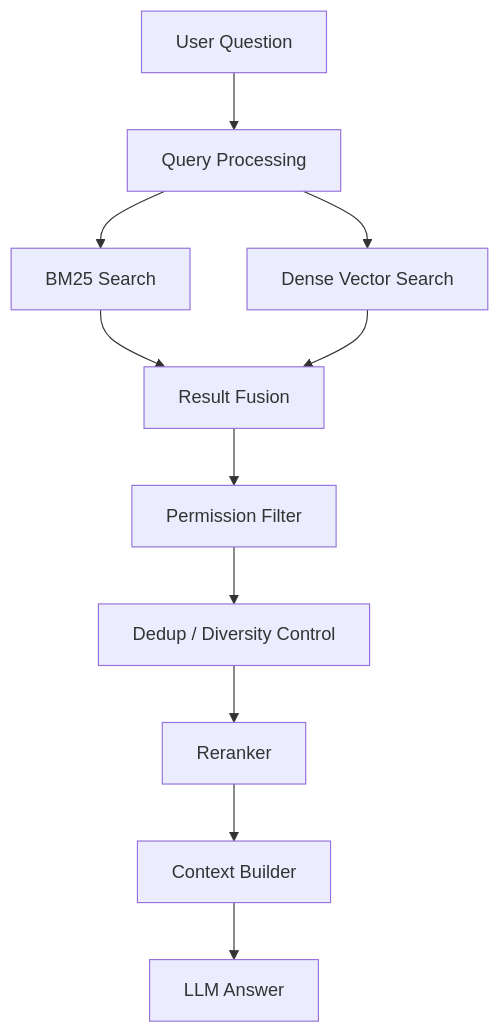
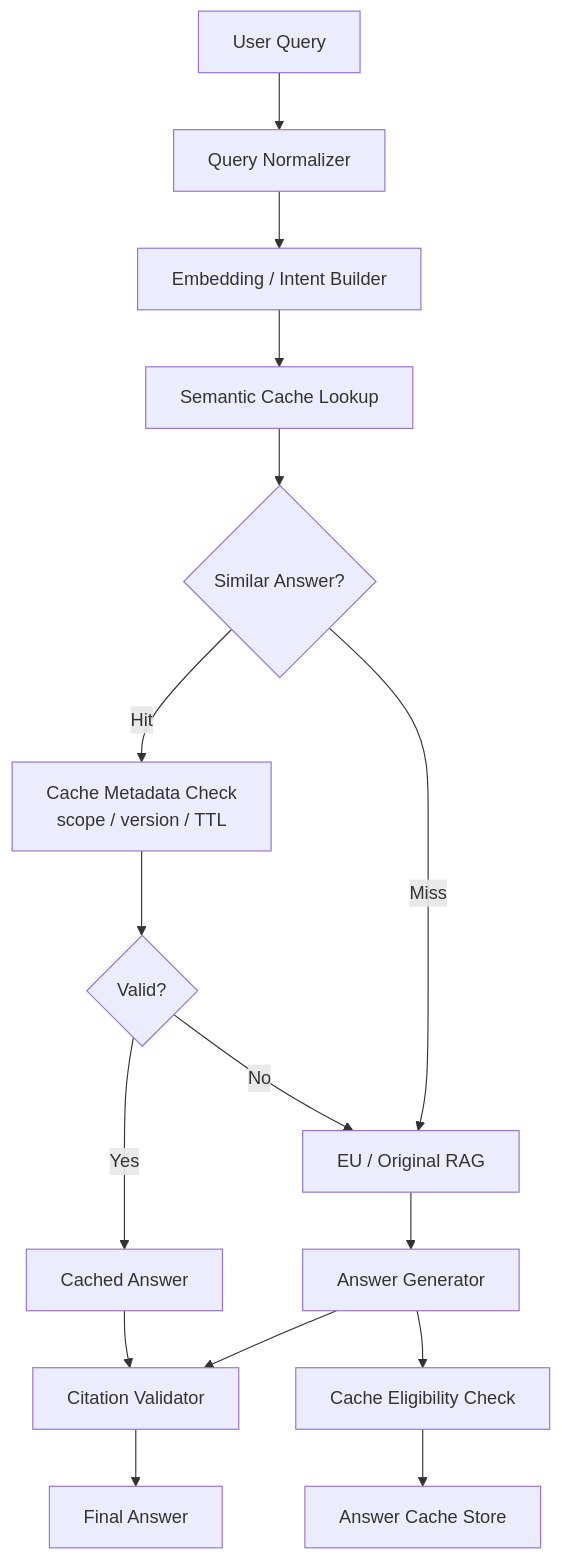
The first of 3 diagrams in doc/04_DP3_Knowledge_Access_Strategy.md (younlea/2026_architect_9B_team), drawn with Mermaid before and after one commit. The commit also changed other lines of this file and 1 other file, not shown here.

````diff
--- a/doc/04_DP3_Knowledge_Access_Strategy.md
+++ b/doc/04_DP3_Knowledge_Access_Strategy.md
@@ -129,15 +63,18 @@
 ```mermaid
 flowchart TD
-    Q[User Question] --> P[Query Processing]
-    P --> B[BM25 Search]
-    P --> V[Dense Vector Search]
-
-    B --> F[Result Fusion]
-    V --> F
-
-    F --> PF[Permission Filter]
-    PF --> D[Dedup / Diversity Control]
-    D --> R[Reranker]
-    R --> C[Context Builder]
-    C --> L[LLM Answer]
+    A[User Query] --> B[Query Normalizer]
+    B --> C[Embedding / Intent Builder]
+    C --> D[Semantic Cache Lookup]
+    D --> E{Similar Answer?}
+    E -->|Hit| F[Cache Metadata Check<br/>scope / version / TTL]
+    F --> G{Valid?}
+    G -->|Yes| H[Cached Answer]
+    G -->|No| I[EU / Original RAG]
+    E -->|Miss| I
+    I --> J[Answer Generator]
+    J --> K[Cache Eligibility Check]
+    K --> L[Answer Cache Store]
+    H --> M[Citation Validator]
+    J --> M
+    M --> N[Final Answer]
 ```
````
